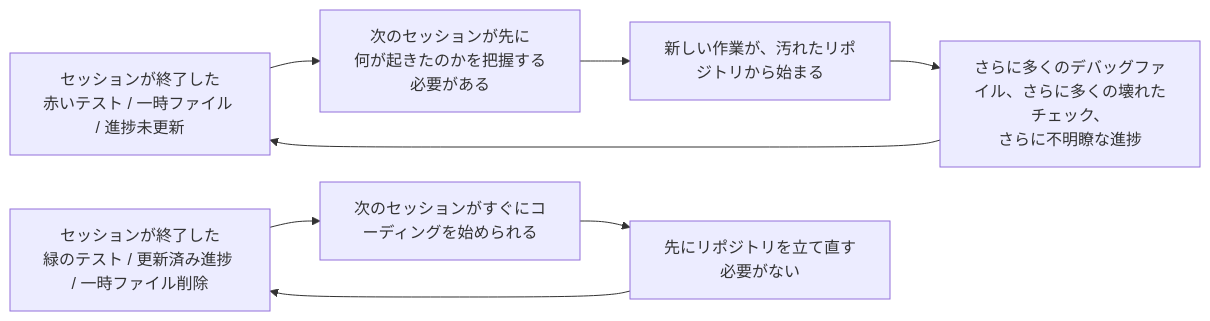
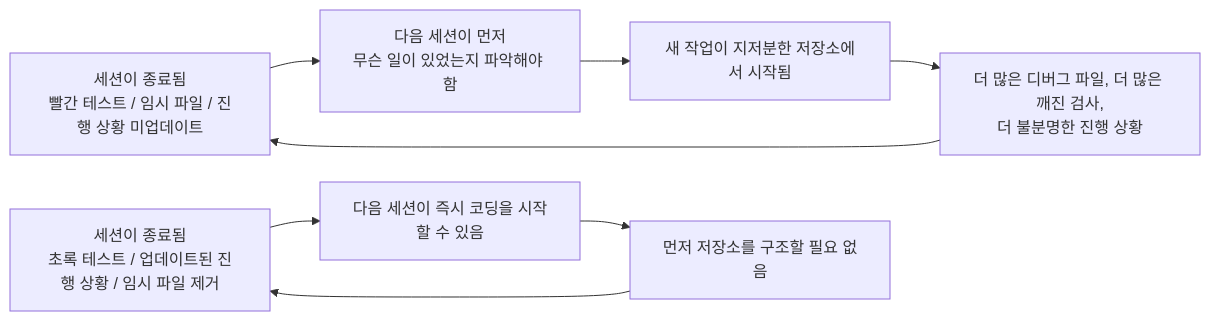
One commit to mkusaka/learn-harness-engineering changed the second of 2 diagrams in docs/ko/lectures/lecture-12-why-every-session-must-leave-a-clean-state/index.md. Above: the diagram before and after it, drawn with Mermaid. The commit also changed other lines of this file and 684 other files, not shown here.

````diff
--- a/docs/ko/lectures/lecture-12-why-every-session-must-leave-a-clean-state/index.md
+++ b/docs/ko/lectures/lecture-12-why-every-session-must-leave-a-clean-state/index.md
@@ -39,11 +39,11 @@
 ```mermaid
 flowchart LR
-    Dirty["セッションが終了した<br/>赤いテスト / 一時ファイル / 進捗未更新"] --> Diagnose["次のセッションが先に<br/>何が起きたのかを把握する必要がある"]
-    Diagnose --> Fragile["新しい作業が、汚れたリポジトリから始まる"]
-    Fragile --> More["さらに多くのデバッグファイル、さらに多くの壊れたチェック、<br/>さらに不明瞭な進捗"]
+    Dirty["세션이 종료됨<br/>빨간 테스트 / 임시 파일 / 진행 상황 미업데이트"] --> Diagnose["다음 세션이 먼저<br/>무슨 일이 있었는지 파악해야 함"]
+    Diagnose --> Fragile["새 작업이 지저분한 저장소에서 시작됨"]
+    Fragile --> More["더 많은 디버그 파일, 더 많은 깨진 검사,<br/>더 불분명한 진행 상황"]
     More --> Dirty
 
-    Clean["セッションが終了した<br/>緑のテスト / 更新済み進捗 / 一時ファイル削除"] --> Fast["次のセッションがすぐにコーディングを始められる"]
-    Fast --> Stable["先にリポジトリを立て直す必要がない"]
+    Clean["세션이 종료됨<br/>초록 테스트 / 업데이트된 진행 상황 / 임시 파일 제거"] --> Fast["다음 세션이 즉시 코딩을 시작할 수 있음"]
+    Fast --> Stable["먼저 저장소를 구조할 필요 없음"]
     Stable --> Clean
 ```
````
